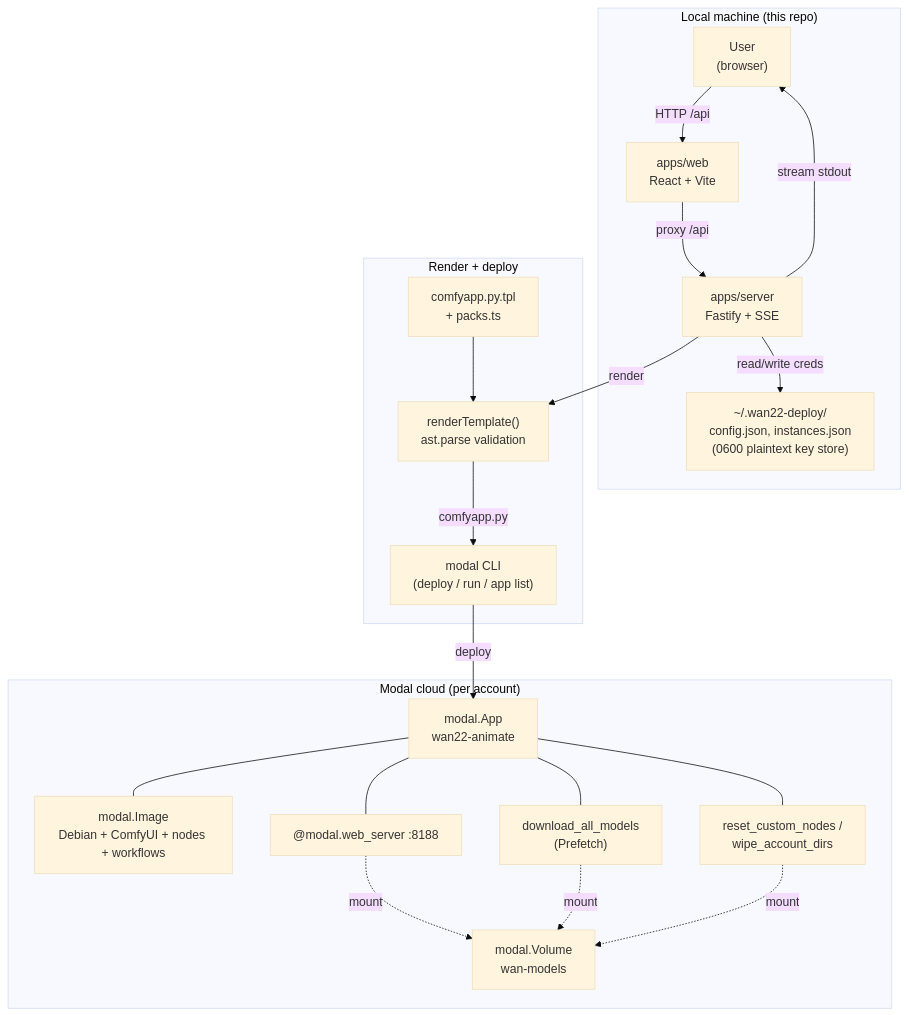
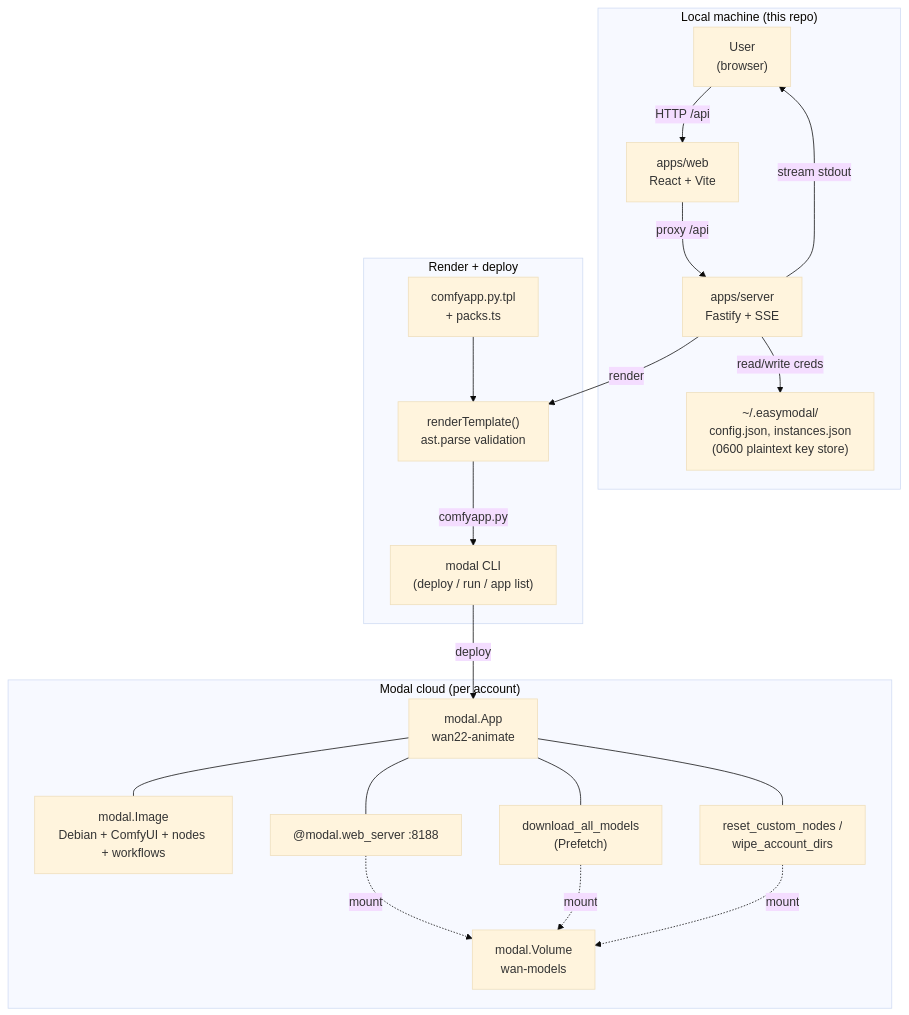
One commit to rakibzero/EasyModal changed the diagram in docs/ARCHITECTURE.md. Above: the diagram before and after it, drawn with Mermaid (base theme). The commit also changed other lines of this file and 36 other files, not shown here.

````diff
--- a/docs/ARCHITECTURE.md
+++ b/docs/ARCHITECTURE.md
@@ -23,40 +23,40 @@
 ```mermaid
 graph TD
     subgraph "Local machine (this repo)"
         U["User<br/>(browser)"]
         W["apps/web<br/>React + Vite"]
         S["apps/server<br/>Fastify + SSE"]
-        CS["~/.wan22-deploy/<br/>config.json, instances.json<br/>(0600 plaintext key store)"]
+        CS["~/.easymodal/<br/>config.json, instances.json<br/>(0600 plaintext key store)"]
     end
 
     subgraph "Render + deploy"
         T["comfyapp.py.tpl<br/>+ packs.ts"]
         R["renderTemplate()<br/>ast.parse validation"]
         MCLI["modal CLI<br/>(deploy / run / app list)"]
     end
 
     subgraph "Modal cloud (per account)"
         APP["modal.App<br/>wan22-animate"]
         IMG["modal.Image<br/>Debian + ComfyUI + nodes + workflows"]
         UI["@modal.web_server :8188"]
         DL["download_all_models<br/>(Prefetch)"]
         VOL["modal.Volume<br/>wan-models"]
         RESET["reset_custom_nodes /<br/>wipe_account_dirs"]
     end
 
     U -->|HTTP /api| W
     W -->|proxy /api| S
     S -->|read/write creds| CS
     S -->|render| R
     T --> R
     R -->|comfyapp.py| MCLI
     MCLI -->|deploy| APP
     APP --- IMG
     APP --- UI
     APP --- DL
     APP --- RESET
     UI -.->|mount| VOL
     DL -.->|mount| VOL
     RESET -.->|mount| VOL
     S -->|stream stdout| U
 ```
````
